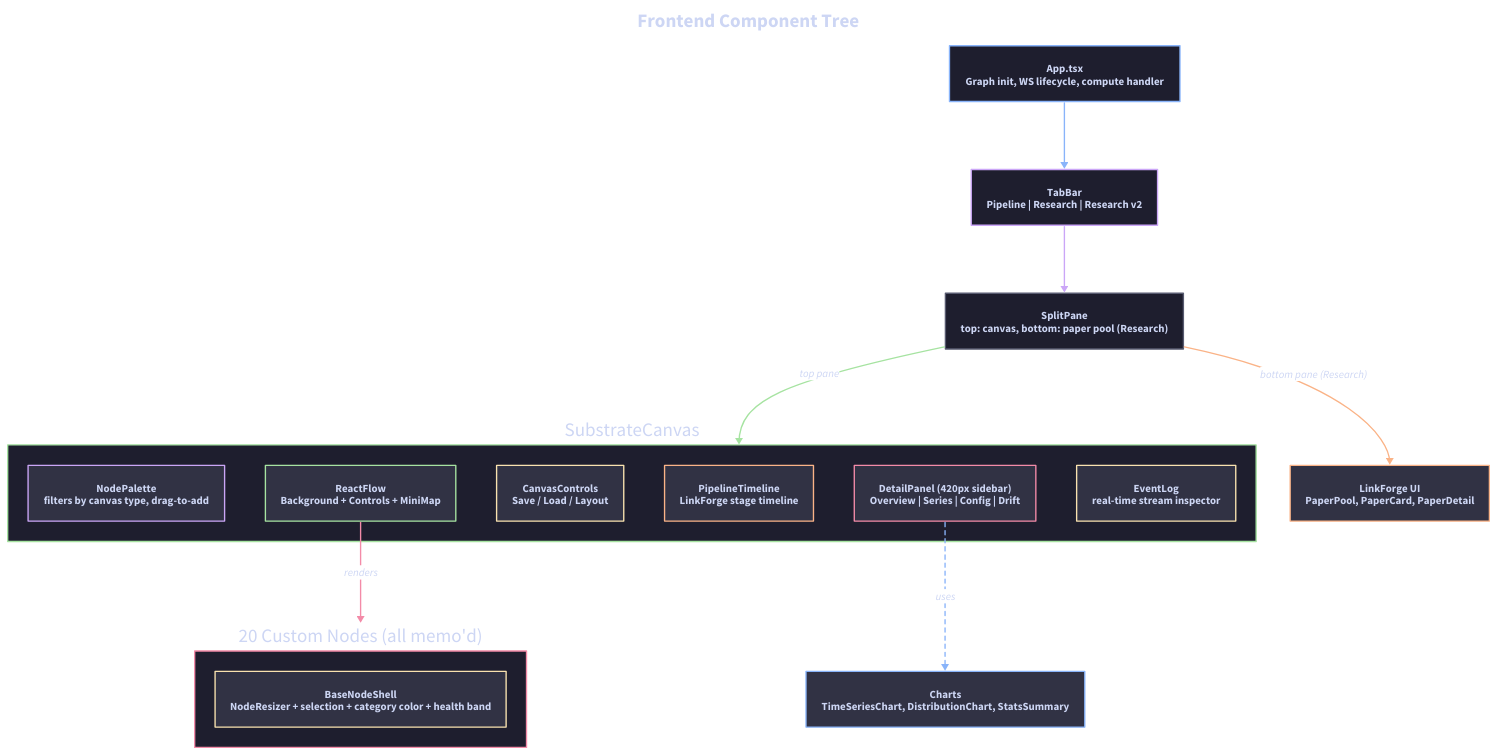
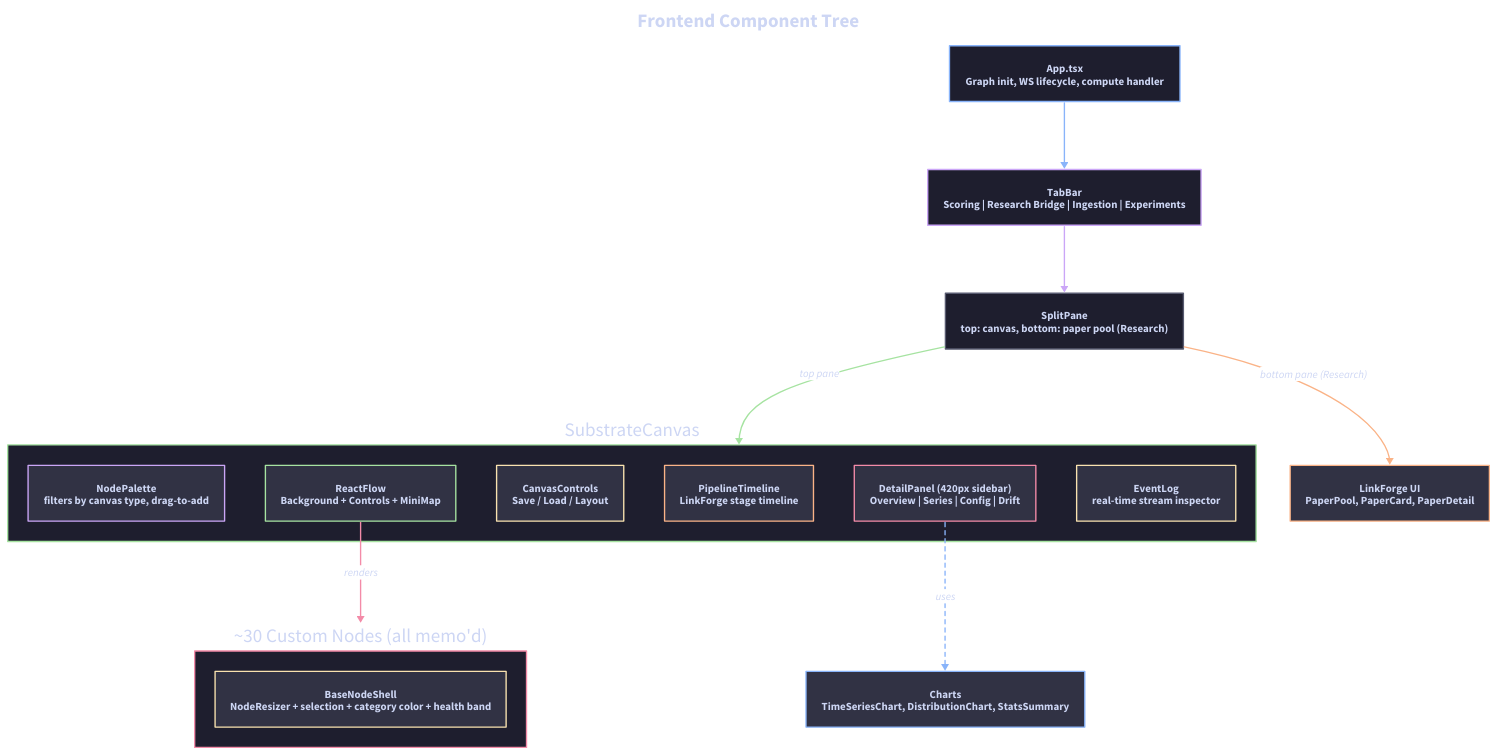
The diagram in docs/diagrams/06a-component-tree.d2 (musicofhel/node-graph-substrate), drawn with D2 before and after one commit. The commit also changed 13 other files, not shown here.

First line of the commit message:
docs: update + re-render D2 diagrams to match pack-based architecture

```diff
--- a/docs/diagrams/06a-component-tree.d2
+++ b/docs/diagrams/06a-component-tree.d2
@@ -1,101 +1,101 @@
 direction: down
 
 title: {
   label: Frontend Component Tree
   near: top-center
   shape: text
   style.font-size: 28
   style.bold: true
   style.font-color: "#cdd6f4"
 }
 
 app: "App.tsx\nGraph init, WS lifecycle, compute handler" {
   style.fill: "#1e1e2e"
   style.stroke: "#89b4fa"
   style.font-color: "#cdd6f4"
 }
 
-tabbar: "TabBar\nPipeline | Research | Research v2" {
+tabbar: "TabBar\nScoring | Research Bridge | Ingestion | Experiments" {
   style.fill: "#1e1e2e"
   style.stroke: "#cba6f7"
   style.font-color: "#cdd6f4"
 }
 
 splitpane: "SplitPane\ntop: canvas, bottom: paper pool (Research)" {
   style.fill: "#1e1e2e"
   style.stroke: "#585b70"
   style.font-color: "#cdd6f4"
 }
 
 canvas: SubstrateCanvas {
   style.fill: "#1e1e2e"
   style.stroke: "#a6e3a1"
   style.font-color: "#cdd6f4"
 
   palette: "NodePalette\nfilters by canvas type, drag-to-add" {
     style.fill: "#313244"
     style.stroke: "#cba6f7"
     style.font-color: "#cdd6f4"
   }
 
   rf: "ReactFlow\nBackground + Controls + MiniMap" {
     style.fill: "#313244"
     style.stroke: "#a6e3a1"
     style.font-color: "#cdd6f4"
   }
 
   controls: "CanvasControls\nSave / Load / Layout" {
     style.fill: "#313244"
     style.stroke: "#f9e2af"
     style.font-color: "#cdd6f4"
   }
 
   timeline: "PipelineTimeline\nLinkForge stage timeline" {
     style.fill: "#313244"
     style.stroke: "#fab387"
     style.font-color: "#cdd6f4"
   }
 
   detail: "DetailPanel (420px sidebar)\nOverview | Series | Config | Drift" {
     style.fill: "#313244"
     style.stroke: "#f38ba8"
     style.font-color: "#cdd6f4"
   }
 
   eventlog: "EventLog\nreal-time stream inspector" {
     style.fill: "#313244"
     style.stroke: "#f9e2af"
     style.font-color: "#cdd6f4"
   }
 }
 
-nodes: "20 Custom Nodes (all memo'd)" {
+nodes: "~30 Custom Nodes (all memo'd)" {
   style.fill: "#1e1e2e"
   style.stroke: "#f38ba8"
   style.font-color: "#cdd6f4"
 
   shell: "BaseNodeShell\nNodeResizer + selection + category color + health band" {
     style.fill: "#313244"
     style.stroke: "#f9e2af"
     style.font-color: "#cdd6f4"
   }
 }
 
 charts: "Charts\nTimeSeriesChart, DistributionChart, StatsSummary" {
   style.fill: "#313244"
   style.stroke: "#89b4fa"
   style.font-color: "#cdd6f4"
 }
 
 linkforge: "LinkForge UI\nPaperPool, PaperCard, PaperDetail" {
   style.fill: "#313244"
   style.stroke: "#fab387"
   style.font-color: "#cdd6f4"
 }
 
 app -> tabbar: "" {style.stroke-width: 2; style.stroke: "#89b4fa"}
 tabbar -> splitpane: "" {style.stroke-width: 2; style.stroke: "#cba6f7"}
 splitpane -> canvas: "top pane" {style.stroke-width: 2; style.font-color: "#cdd6f4"; style.stroke: "#a6e3a1"}
 splitpane -> linkforge: "bottom pane (Research)" {style.stroke-width: 2; style.font-color: "#cdd6f4"; style.stroke: "#fab387"}
 canvas.rf -> nodes: "renders" {style.stroke-width: 2; style.font-color: "#cdd6f4"; style.stroke: "#f38ba8"}
 canvas.detail -> charts: "uses" {style.stroke-width: 2; style.stroke-dash: 3; style.font-color: "#cdd6f4"; style.stroke: "#89b4fa"}
```
